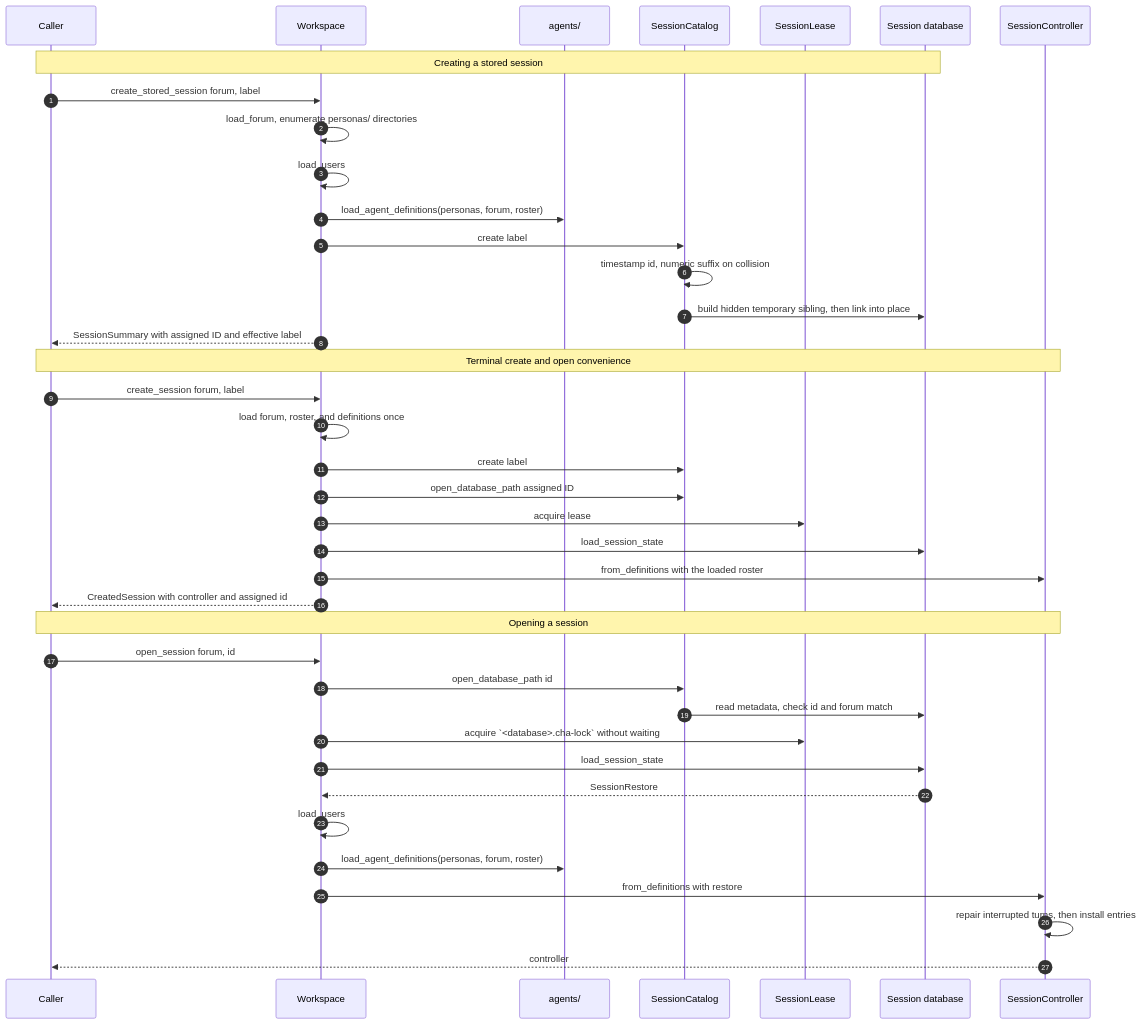
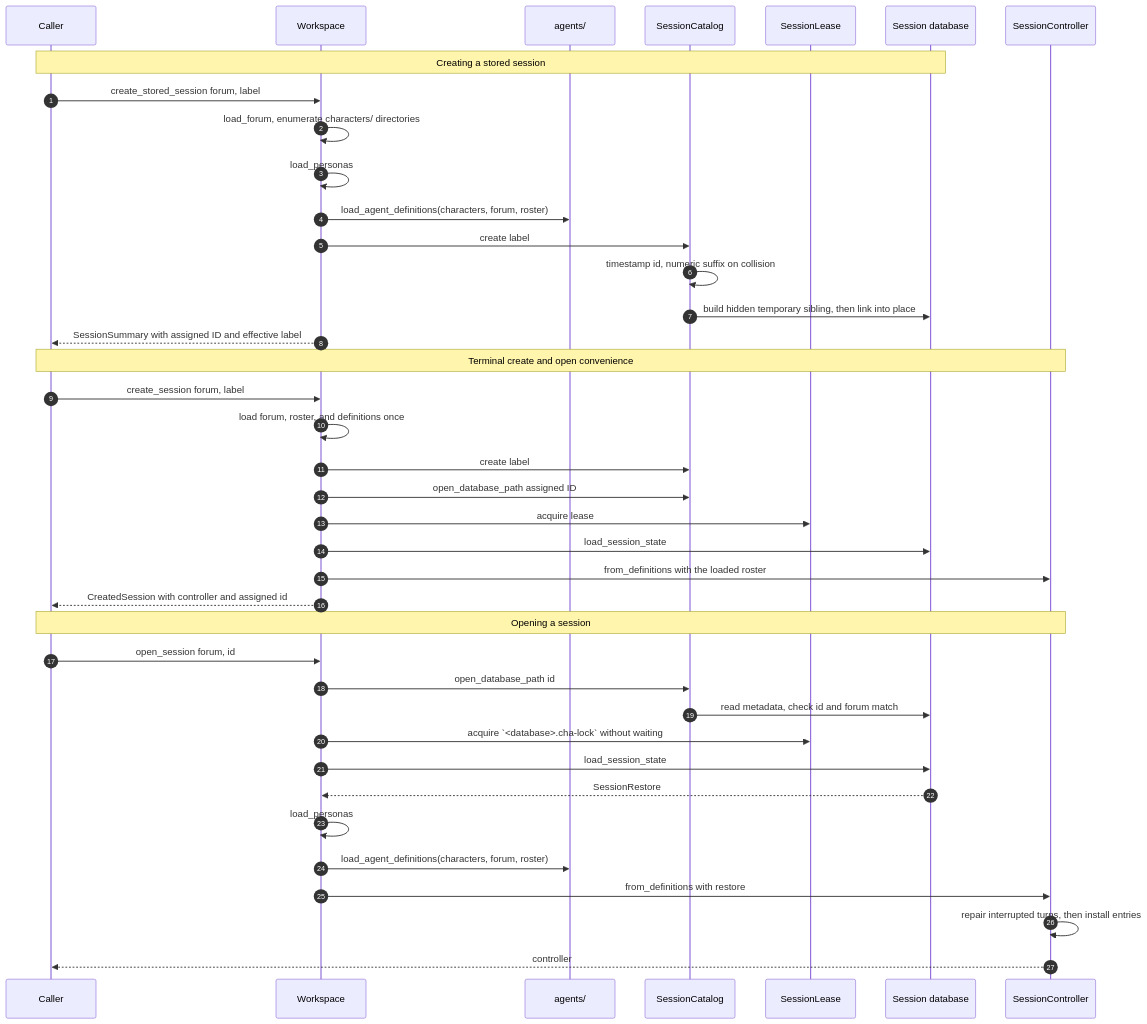
Before and after one commit to michaelpopov/cha: the second of 4 diagrams in src/session/README.md, drawn with Mermaid. The commit also changed other lines of this file and 117 other files, not shown here.

````diff
--- a/src/session/README.md
+++ b/src/session/README.md
@@ -95,44 +95,44 @@
 ```mermaid
 sequenceDiagram
     autonumber
     participant UI as Caller
     participant WS as Workspace
     participant AG as agents/
     participant SC as SessionCatalog
     participant SL as SessionLease
     participant DB as Session database
     participant CC as SessionController
 
     Note over UI,DB: Creating a stored session
     UI->>WS: create_stored_session forum, label
-    WS->>WS: load_forum, enumerate personas/ directories
-    WS->>WS: load_users
-    WS->>AG: load_agent_definitions(personas, forum, roster)
+    WS->>WS: load_forum, enumerate characters/ directories
+    WS->>WS: load_personas
+    WS->>AG: load_agent_definitions(characters, forum, roster)
     WS->>SC: create label
     SC->>SC: timestamp id, numeric suffix on collision
     SC->>DB: build hidden temporary sibling, then link into place
     WS-->>UI: SessionSummary with assigned ID and effective label
 
     Note over UI,CC: Terminal create and open convenience
     UI->>WS: create_session forum, label
     WS->>WS: load forum, roster, and definitions once
     WS->>SC: create label
     WS->>SC: open_database_path assigned ID
     WS->>SL: acquire lease
     WS->>DB: load_session_state
     WS->>CC: from_definitions with the loaded roster
     WS-->>UI: CreatedSession with controller and assigned id
 
     Note over UI,CC: Opening a session
     UI->>WS: open_session forum, id
     WS->>SC: open_database_path id
     SC->>DB: read metadata, check id and forum match
     WS->>SL: acquire `<database>.cha-lock` without waiting
     WS->>DB: load_session_state
     DB-->>WS: SessionRestore
-    WS->>WS: load_users
-    WS->>AG: load_agent_definitions(personas, forum, roster)
+    WS->>WS: load_personas
+    WS->>AG: load_agent_definitions(characters, forum, roster)
     WS->>CC: from_definitions with restore
     CC->>CC: repair interrupted turns, then install entries
     CC-->>UI: controller
 ```
````
